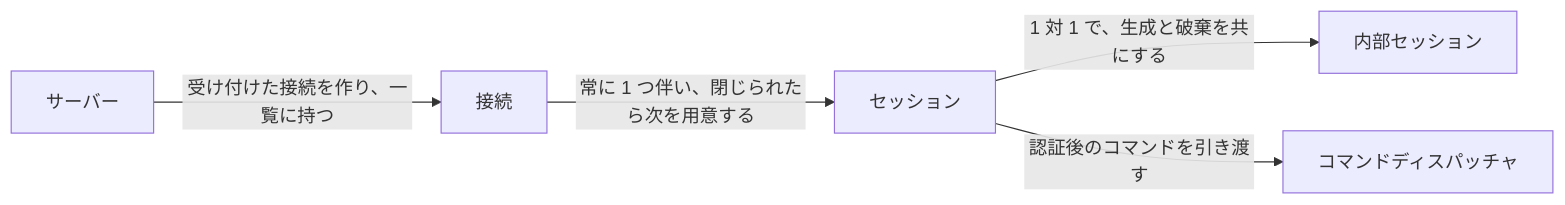
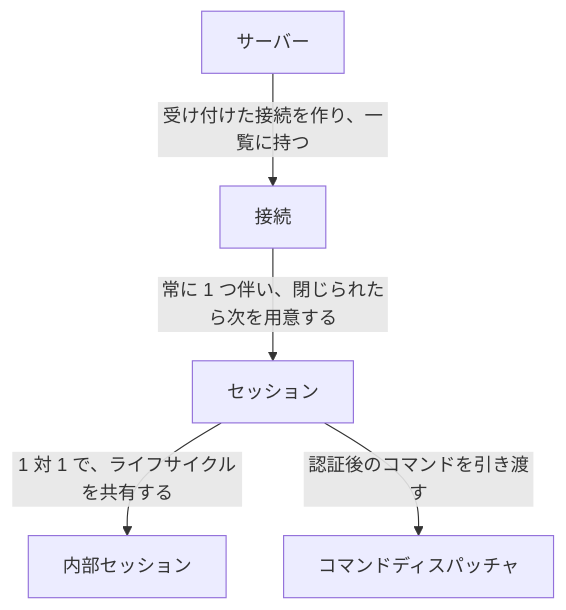
Before and after one commit to ren-yamanashi/minesql: the first of 4 diagrams in docs/specification/connection/connection_handler.md, drawn with Mermaid. The commit also changed other lines of this file and 11 other files, not shown here.

````diff
--- a/docs/specification/connection/connection_handler.md
+++ b/docs/specification/connection/connection_handler.md
@@ -29,7 +28,7 @@
 ```mermaid
-flowchart LR
+flowchart TD
     S["サーバー"] -->|"受け付けた接続を作り、一覧に持つ"| C["接続"]
     C -->|"常に 1 つ伴い、閉じられたら次を用意する"| N["セッション"]
-    N -->|"1 対 1 で、生成と破棄を共にする"| I["内部セッション"]
+    N -->|"1 対 1 で、ライフサイクルを共有する"| I["内部セッション"]
     N -->|"認証後のコマンドを引き渡す"| D["コマンドディスパッチャ"]
 ```
````
